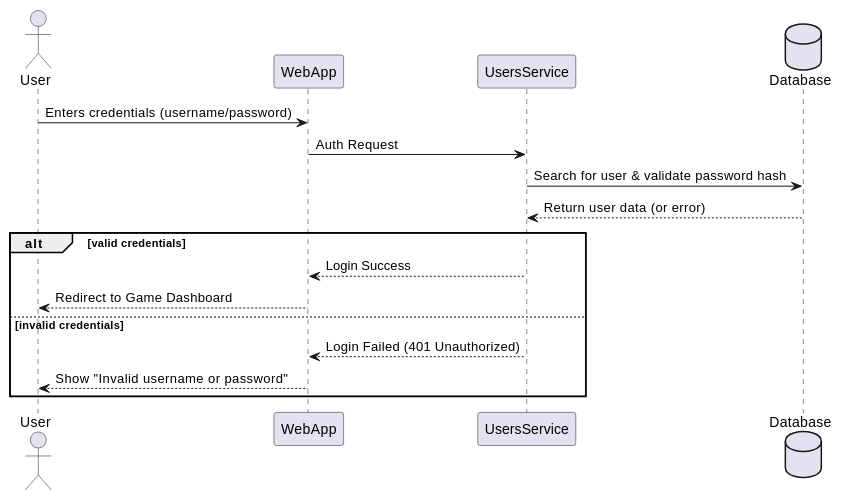
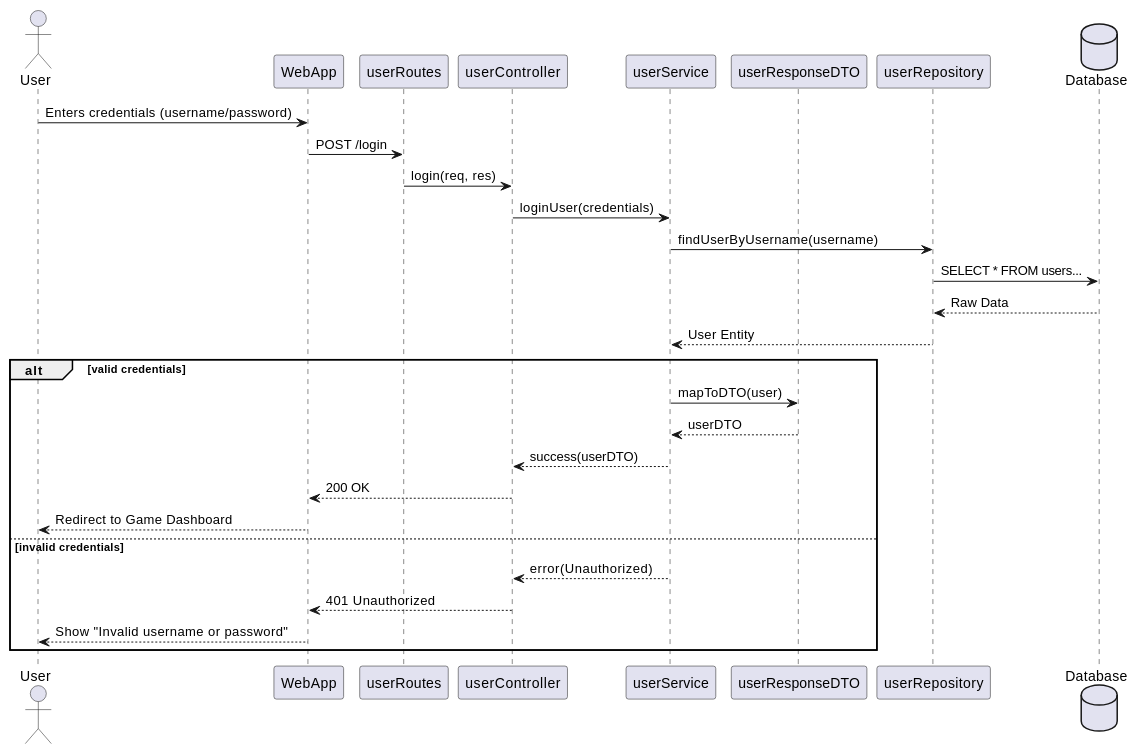
One commit to Arquisoft/yovi_en3b changed the first of 3 diagrams in docs/src/06_runtime_view.adoc. Above: the diagram before and after it, drawn with PlantUML. The commit also changed 2 other files, not shown here.

Commit message:
feat: update documentation points 3 and 6
Point 3 now includes external bots (Claude and Minimax).
Point 6 state diagram updated to include controller, service, and repository layers for database connection.

```diff
--- a/docs/src/06_runtime_view.adoc
+++ b/docs/src/06_runtime_view.adoc
@@ -10,22 +10,35 @@
 [plantuml,"Login",png]
 ----
 @startuml
 actor User
 participant WebApp
-participant UsersService
+participant userRoutes
+participant userController
+participant userService
+participant userResponseDTO
+participant userRepository
 database Database
 
 User -> WebApp: Enters credentials (username/password)
-WebApp -> UsersService: Auth Request
-UsersService -> Database: Search for user & validate password hash
-Database --> UsersService: Return user data (or error)
+WebApp -> userRoutes: POST /login
+userRoutes -> userController: login(req, res)
+
+userController -> userService: loginUser(credentials)
+userService -> userRepository: findUserByUsername(username)
+userRepository -> Database: SELECT * FROM users...
+Database --> userRepository: Raw Data
+userRepository --> userService: User Entity
 
 alt valid credentials
-    UsersService --> WebApp: Login Success
+    userService -> userResponseDTO: mapToDTO(user)
+    userResponseDTO --> userService: userDTO
+    userService --> userController: success(userDTO)
+    userController --> WebApp: 200 OK
     WebApp --> User: Redirect to Game Dashboard
 else invalid credentials
-    UsersService --> WebApp: Login Failed (401 Unauthorized)
+    userService --> userController: error(Unauthorized)
+    userController --> WebApp: 401 Unauthorized
     WebApp --> User: Show "Invalid username or password"
 end
 @enduml
 ----
```
